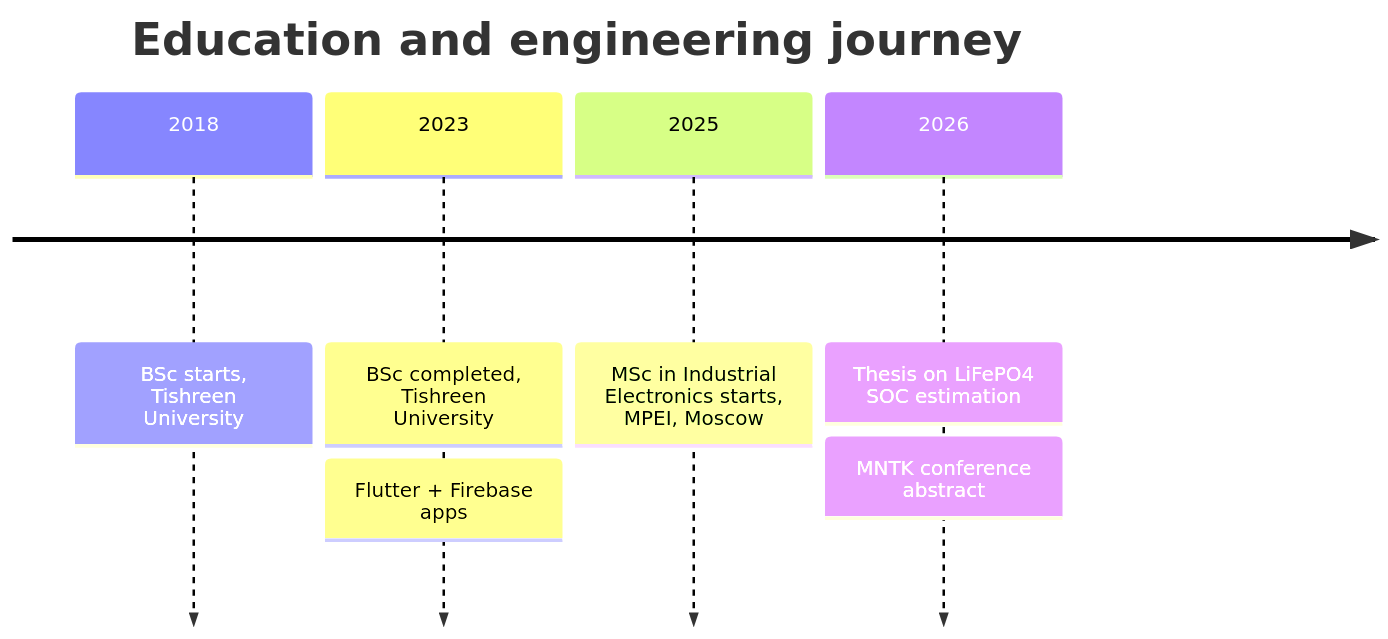
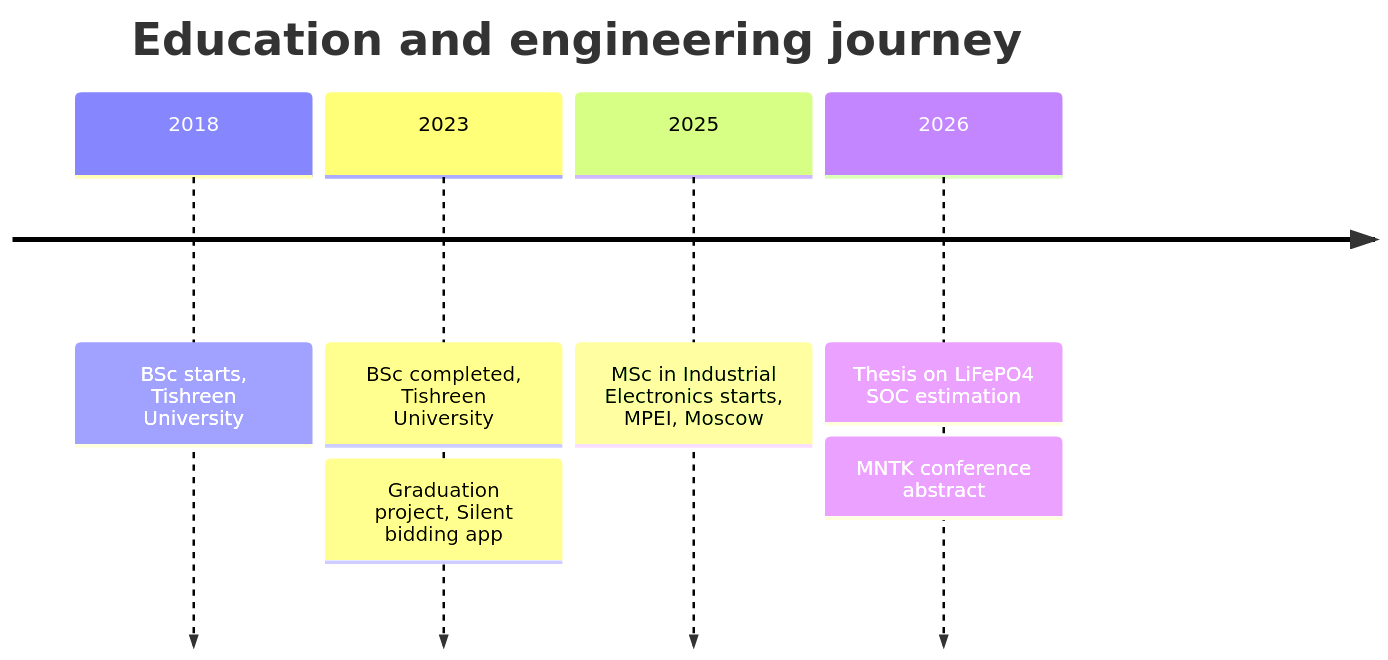
One commit to aesberali-boop/aesberali-boop changed the diagram in README.md. Above: the diagram before and after it, drawn with Mermaid. The commit also changed other lines of this file, not shown here.

Commit message:
Mark Silent as BSc graduation project

````diff
--- a/README.md
+++ b/README.md
@@ -59,8 +59,8 @@
 ```mermaid
 timeline
     title Education and engineering journey
     2018 : BSc starts, Tishreen University
-    2023 : BSc completed, Tishreen University : Flutter + Firebase apps
+    2023 : BSc completed, Tishreen University : Graduation project, Silent bidding app
     2025 : MSc in Industrial Electronics starts, MPEI, Moscow
     2026 : Thesis on LiFePO4 SOC estimation : MNTK conference abstract
 ```
````
